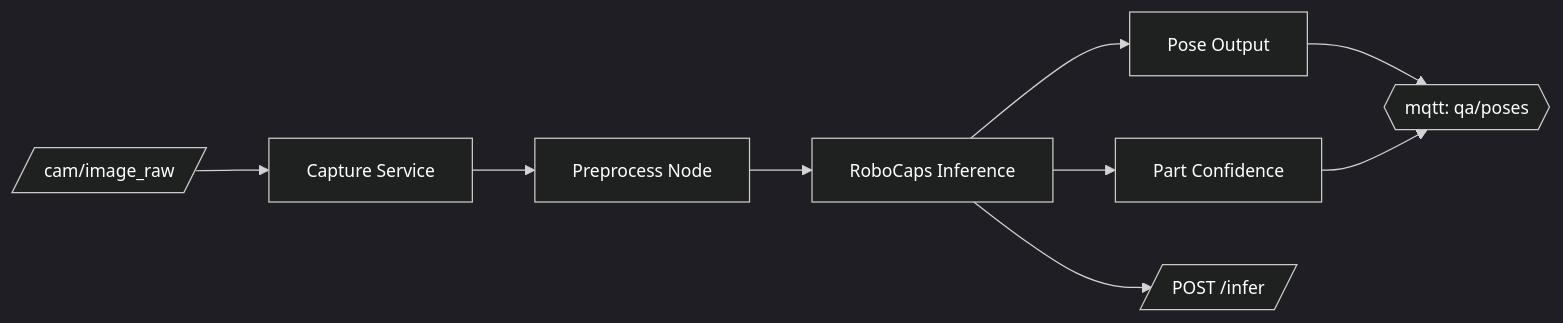
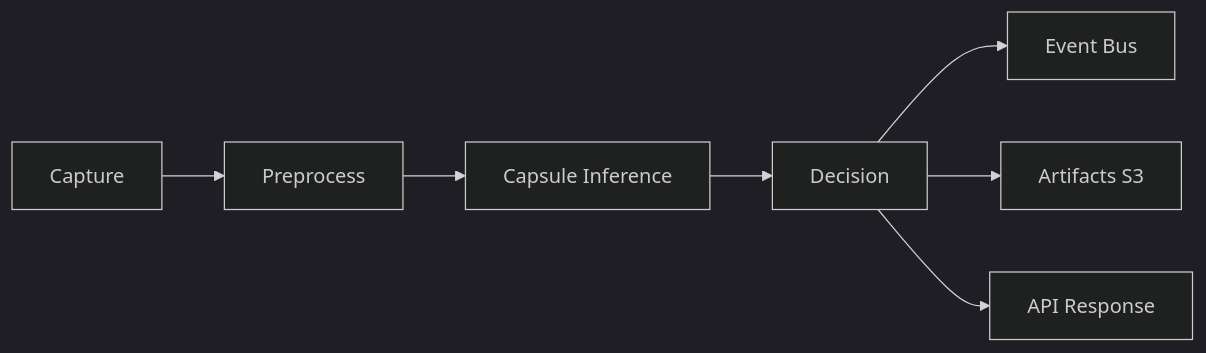
Before and after one commit to aurelius-in/RoboCaps: the first of 2 diagrams in architecture/system_A_FactoryQA/FactoryQA_logical.md, drawn with Mermaid. The commit also changed other lines of this file and 13 other files, not shown here.

Commit message:
arch: deepen global/system docs with detailed narratives and diagrams

````diff
--- a/architecture/system_A_FactoryQA/FactoryQA_logical.md
+++ b/architecture/system_A_FactoryQA/FactoryQA_logical.md
@@ -19,12 +37,10 @@
 ```mermaid
-%%{init: { 'theme': 'dark', 'themeVariables': { 'background':'#000', 'primaryTextColor':'#FFF', 'textColor':'#FFF', 'fontSize':'14px' }}}%%
+%%{init: { 'theme': 'dark', 'themeVariables': { 'background':'#000000', 'primaryTextColor':'#FFFFFF', 'fontSize':'16px' }}}%%
 flowchart LR
-    CAM[/cam/image_raw/] --> CAP[Capture Service]
-    CAP --> PRE[Preprocess Node]
-    PRE --> INF[RoboCaps Inference]
-    INF --> POS[Pose Output]
-    INF --> CONF[Part Confidence]
-    POS --> MQTT{{mqtt: qa/poses}}
-    CONF --> MQTT
-    INF --> API[/POST /infer/]
+    CAP[Capture] --> PRE[Preprocess]
+    PRE --> INF[Capsule Inference]
+    INF --> DEC[Decision]
+    DEC --> EVT[Event Bus]
+    DEC --> ART[Artifacts S3]
+    DEC --> API[API Response]
 ```
````
